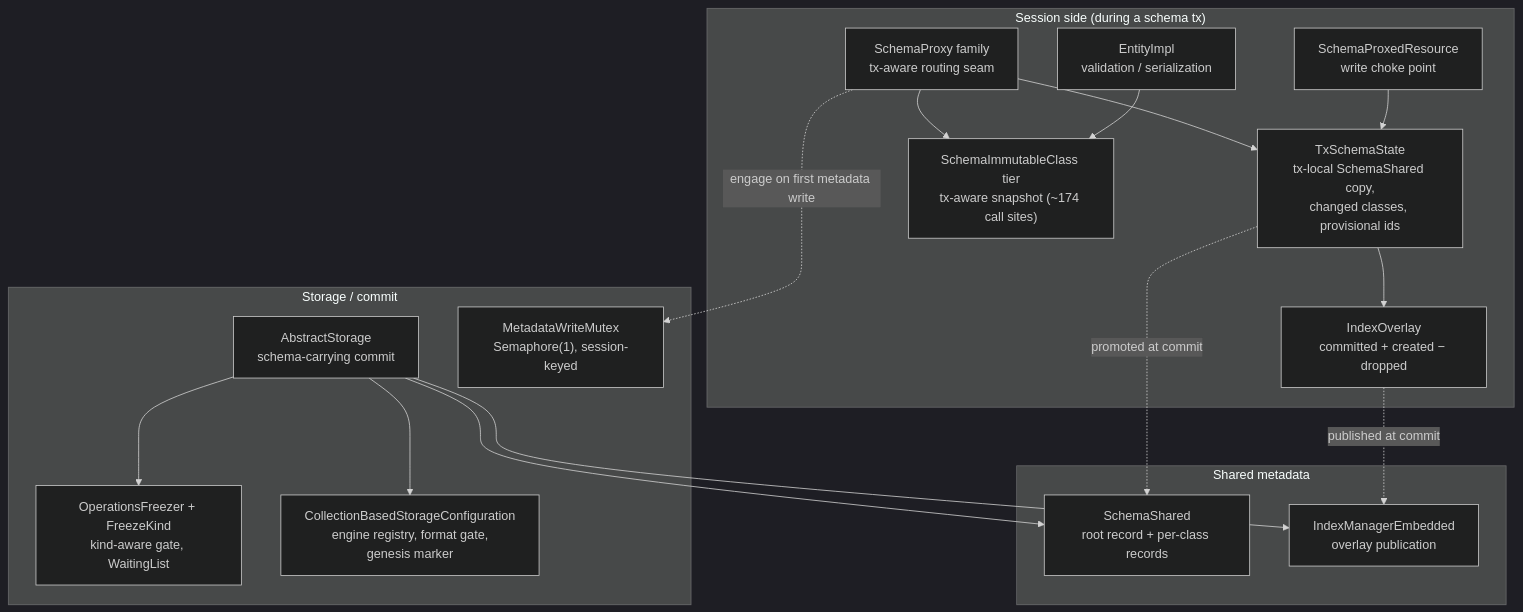
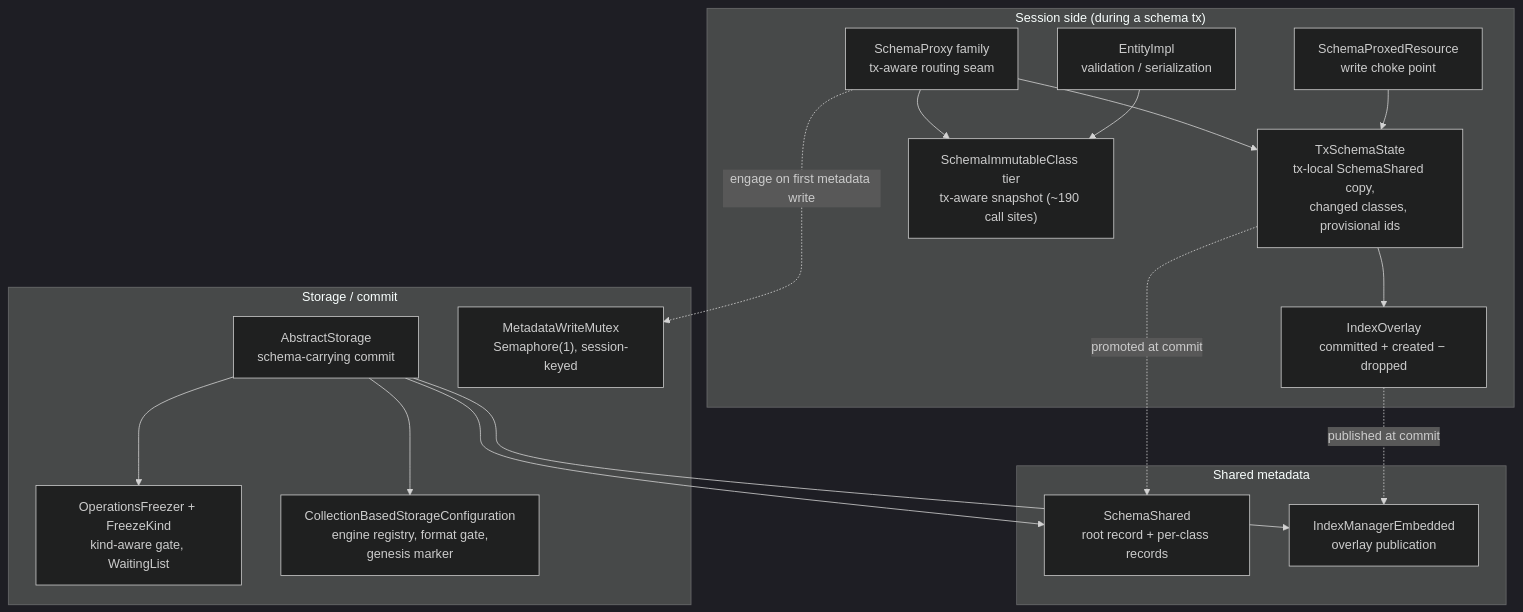
One commit to JetBrains/youtrackdb changed the diagram in docs/adr/transactional-schema/adr.md. Above: the diagram before and after it, drawn with Mermaid (dark theme). The commit also changed other lines of this file and 2 other files, not shown here.

````diff
--- a/docs/adr/transactional-schema/adr.md
+++ b/docs/adr/transactional-schema/adr.md
@@ -115,33 +115,33 @@
 ```mermaid
 flowchart TD
     subgraph session["Session side (during a schema tx)"]
         Proxy["SchemaProxy family<br/>tx-aware routing seam"]
         Choke["SchemaProxedResource<br/>write choke point"]
         TxState["TxSchemaState<br/>tx-local SchemaShared copy,<br/>changed classes, provisional ids"]
         Overlay["IndexOverlay<br/>committed + created − dropped"]
-        Snapshot["SchemaImmutableClass tier<br/>tx-aware snapshot (~174 call sites)"]
+        Snapshot["SchemaImmutableClass tier<br/>tx-aware snapshot (~190 call sites)"]
         Entity["EntityImpl<br/>validation / serialization"]
         Proxy --> TxState
         Choke --> TxState
         TxState --> Overlay
         Proxy --> Snapshot
         Entity --> Snapshot
     end
     subgraph shared["Shared metadata"]
         Shared["SchemaShared<br/>root record + per-class records"]
         IdxMgr["IndexManagerEmbedded<br/>overlay publication"]
     end
     subgraph storage["Storage / commit"]
         Commit["AbstractStorage<br/>schema-carrying commit"]
         Mutex["MetadataWriteMutex<br/>Semaphore(1), session-keyed"]
         Freezer["OperationsFreezer + FreezeKind<br/>kind-aware gate, WaitingList"]
         Config["CollectionBasedStorageConfiguration<br/>engine registry, format gate,<br/>genesis marker"]
     end
     Proxy -. "engage on first metadata write" .-> Mutex
     Commit --> Freezer
     Commit --> Config
     TxState -. "promoted at commit" .-> Shared
     Overlay -. "published at commit" .-> IdxMgr
     Commit --> Shared
     Commit --> IdxMgr
 ```
````
